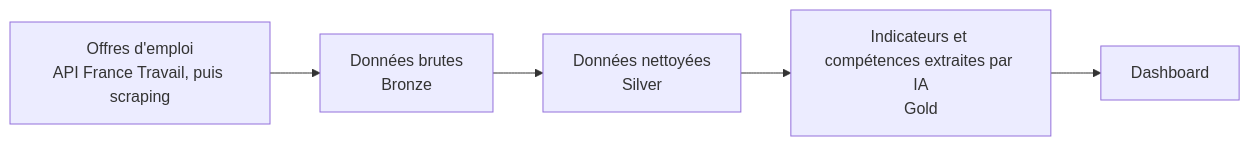
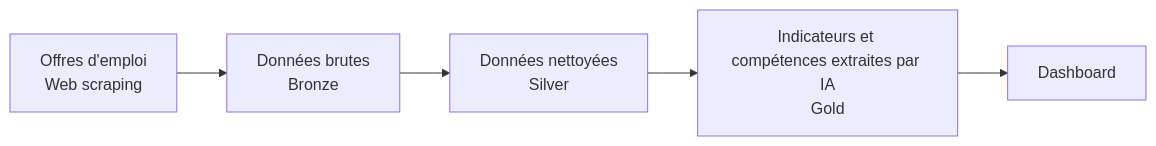
One commit to nafyssat/Data-AI-Job-Market-Intelligence changed the diagram in README.md. Above: the diagram before and after it, drawn with Mermaid. The commit also changed other lines of this file, not shown here.

Commit message:
docs: switch data collection from France Travail API to web scraping

````diff
--- a/README.md
+++ b/README.md
@@ -23,7 +23,7 @@
 ```mermaid
 graph LR
-    A[Offres d'emploi<br/>API France Travail, puis scraping] --> B[Données brutes<br/>Bronze]
+    A[Offres d'emploi<br/>Web scraping] --> B[Données brutes<br/>Bronze]
     B --> C[Données nettoyées<br/>Silver]
     C --> D[Indicateurs et compétences extraites par IA<br/>Gold]
     D --> E[Dashboard]
 ```
````
